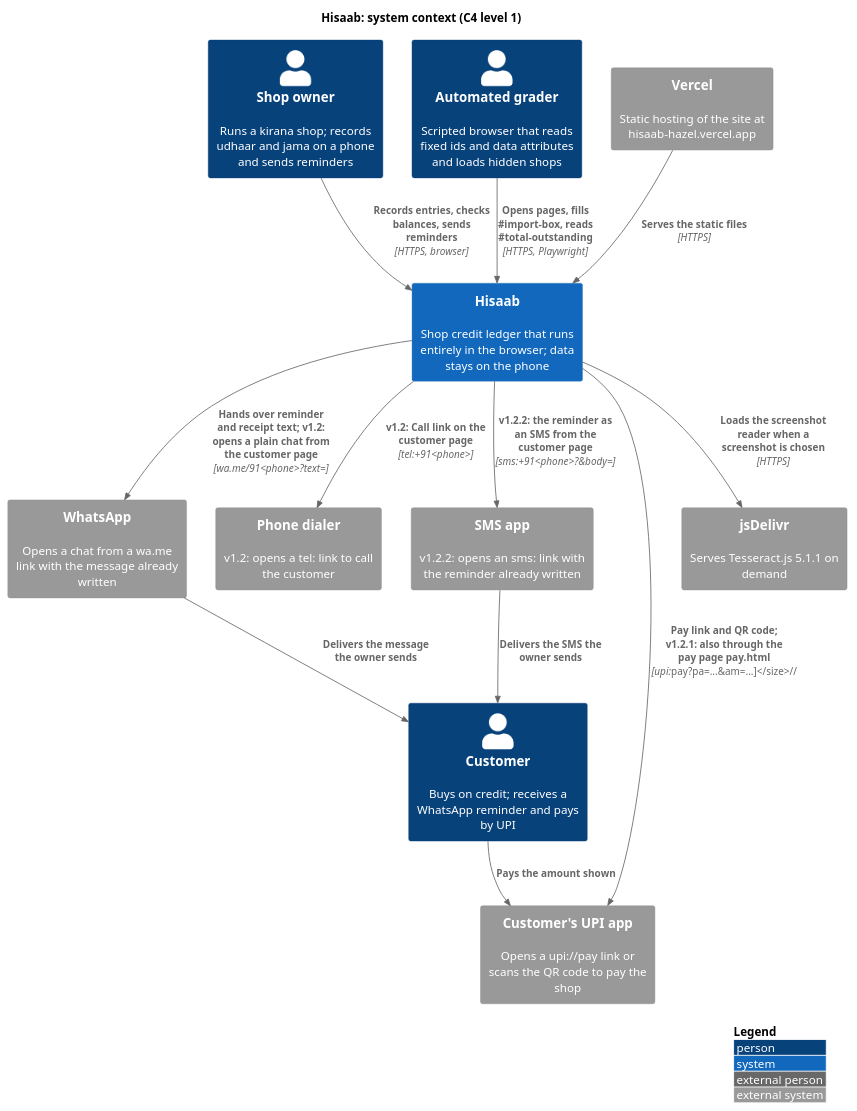
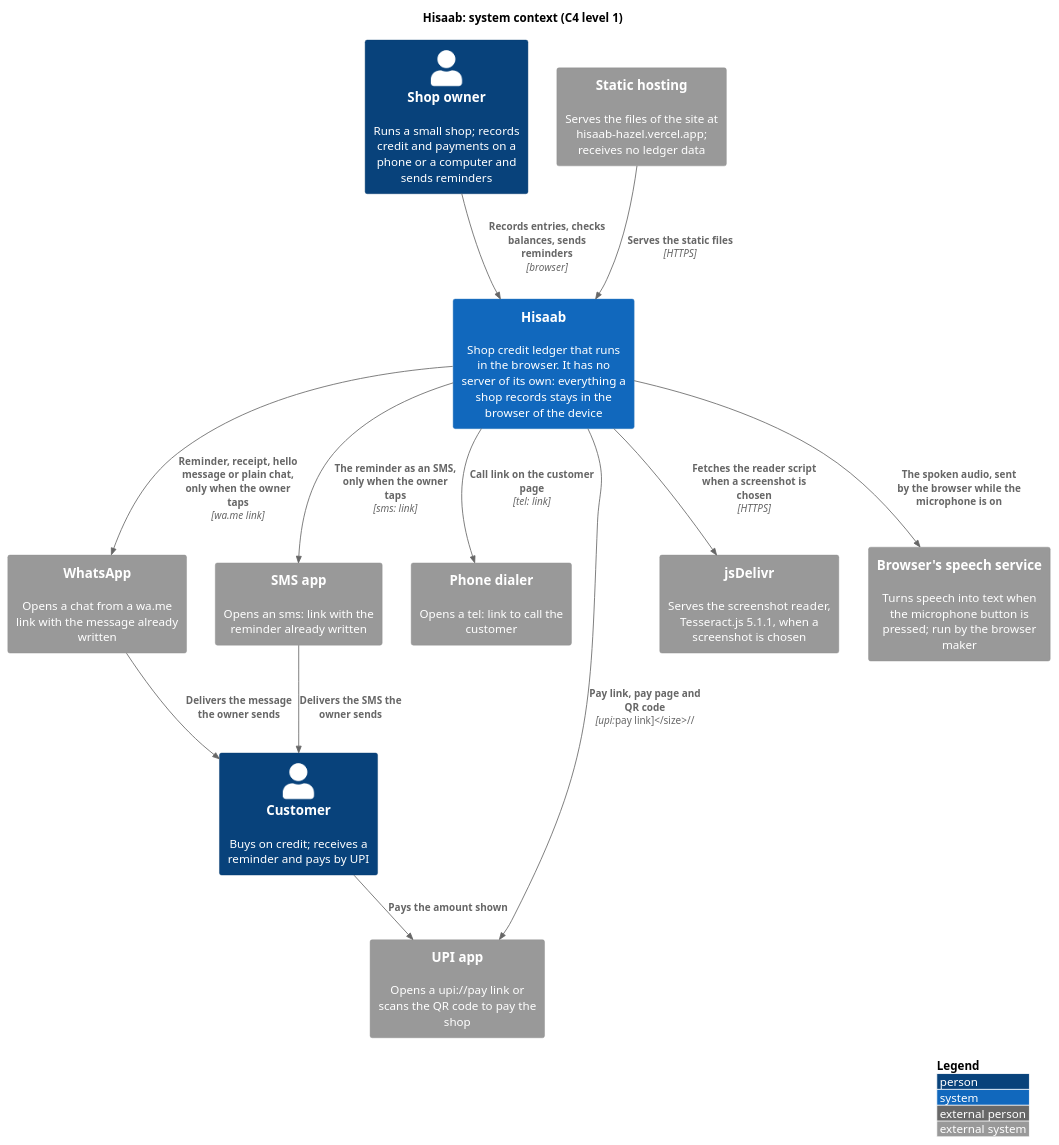
Before and after one commit to karwasanjay007/hisaab-docs: the diagram in docs/diagrams/c4-context.puml, drawn with PlantUML. The commit also changed 62 other files, not shown here.

First line of the commit message:
Documents rewritten as one text about version 1.5.2.1, read from the code

```diff
--- a/docs/diagrams/c4-context.puml
+++ b/docs/diagrams/c4-context.puml
@@ -1,31 +1,31 @@
 @startuml c4-context
 !include <C4/C4_Context>
 title Hisaab: system context (C4 level 1)
 
-Person(owner, "Shop owner", "Runs a kirana shop; records udhaar and jama on a phone and sends reminders")
-Person(customer, "Customer", "Buys on credit; receives a WhatsApp reminder and pays by UPI")
-Person(grader, "Automated grader", "Scripted browser that reads fixed ids and data attributes and loads hidden shops")
+Person(owner, "Shop owner", "Runs a small shop; records credit and payments on a phone or a computer and sends reminders")
+Person(customer, "Customer", "Buys on credit; receives a reminder and pays by UPI")
 
-System(hisaab, "Hisaab", "Shop credit ledger that runs entirely in the browser; data stays on the phone")
+System(hisaab, "Hisaab", "Shop credit ledger that runs in the browser. It has no server of its own: everything a shop records stays in the browser of the device")
 
+System_Ext(hosting, "Static hosting", "Serves the files of the site at hisaab-hazel.vercel.app; receives no ledger data")
 System_Ext(whatsapp, "WhatsApp", "Opens a chat from a wa.me link with the message already written")
-System_Ext(dialer, "Phone dialer", "v1.2: opens a tel: link to call the customer")
-System_Ext(sms, "SMS app", "v1.2.2: opens an sms: link with the reminder already written")
-System_Ext(upi, "Customer's UPI app", "Opens a upi://pay link or scans the QR code to pay the shop")
-System_Ext(vercel, "Vercel", "Static hosting of the site at hisaab-hazel.vercel.app")
-System_Ext(jsdelivr, "jsDelivr", "Serves Tesseract.js 5.1.1 on demand")
+System_Ext(sms, "SMS app", "Opens an sms: link with the reminder already written")
+System_Ext(dialer, "Phone dialer", "Opens a tel: link to call the customer")
+System_Ext(upi, "UPI app", "Opens a upi://pay link or scans the QR code to pay the shop")
+System_Ext(jsdelivr, "jsDelivr", "Serves the screenshot reader, Tesseract.js 5.1.1, when a screenshot is chosen")
+System_Ext(speech, "Browser's speech service", "Turns speech into text when the microphone button is pressed; run by the browser maker")
 
-Rel(owner, hisaab, "Records entries, checks balances, sends reminders", "HTTPS, browser")
-Rel(grader, hisaab, "Opens pages, fills #import-box, reads #total-outstanding", "HTTPS, Playwright")
-Rel(hisaab, whatsapp, "Hands over reminder and receipt text; v1.2: opens a plain chat from the customer page", "wa.me/91<phone>?text=")
-Rel(hisaab, dialer, "v1.2: Call link on the customer page", "tel:+91<phone>")
-Rel(hisaab, sms, "v1.2.2: the reminder as an SMS from the customer page", "sms:+91<phone>?&body=")
+Rel(owner, hisaab, "Records entries, checks balances, sends reminders", "browser")
+Rel(hosting, hisaab, "Serves the static files", "HTTPS")
+Rel(hisaab, whatsapp, "Reminder, receipt, hello message or plain chat, only when the owner taps", "wa.me link")
+Rel(hisaab, sms, "The reminder as an SMS, only when the owner taps", "sms: link")
+Rel(hisaab, dialer, "Call link on the customer page", "tel: link")
+Rel(hisaab, upi, "Pay link, pay page and QR code", "upi://pay link")
+Rel(hisaab, jsdelivr, "Fetches the reader script when a screenshot is chosen", "HTTPS")
+Rel(hisaab, speech, "The spoken audio, sent by the browser while the microphone is on")
+Rel(whatsapp, customer, "Delivers the message the owner sends")
 Rel(sms, customer, "Delivers the SMS the owner sends")
-Rel(whatsapp, customer, "Delivers the message the owner sends")
 Rel(customer, upi, "Pays the amount shown")
-Rel(hisaab, upi, "Pay link and QR code; v1.2.1: also through the pay page pay.html", "upi://pay?pa=...&am=...")
-Rel(vercel, hisaab, "Serves the static files", "HTTPS")
-Rel(hisaab, jsdelivr, "Loads the screenshot reader when a screenshot is chosen", "HTTPS")
 
 LAYOUT_WITH_LEGEND()
 @enduml
```
